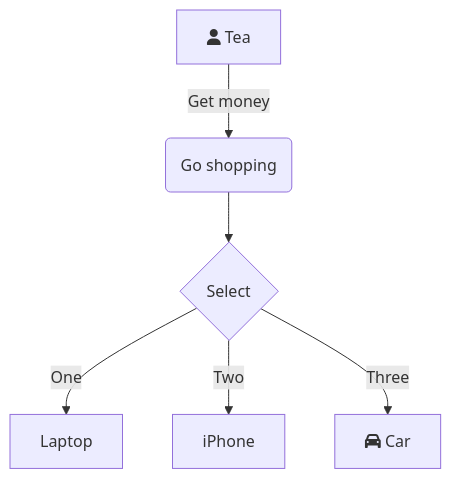
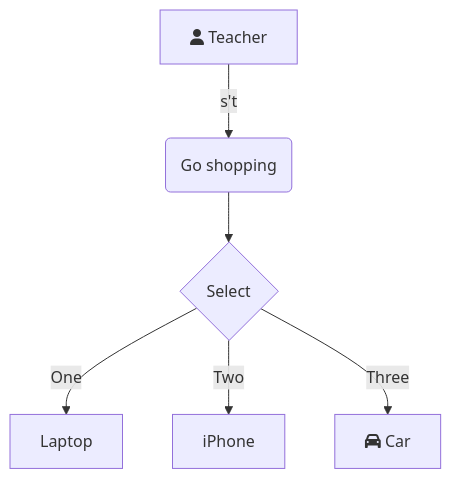
One commit to CharlieTD/iodraw-files changed the diagram in all/未命名-2.md. Above: the diagram before and after it, drawn with Mermaid.

Commit message:
2024-07-15 22:39:54 update

````diff
--- a/all/未命名-2.md
+++ b/all/未命名-2.md
@@ -1,8 +1,8 @@
 ```mermaid
 graph TD
-    A[fa:fa-user Tea] -->|Get money| B(Go shopping)
+    A[fa:fa-user Teacher] -->|s't| B(Go shopping)
     B --> C{Select}
     C -->|One| D[Laptop]
     C -->|Two| E[iPhone]
     C -->|Three| F[fa:fa-car Car]
 ```
````
